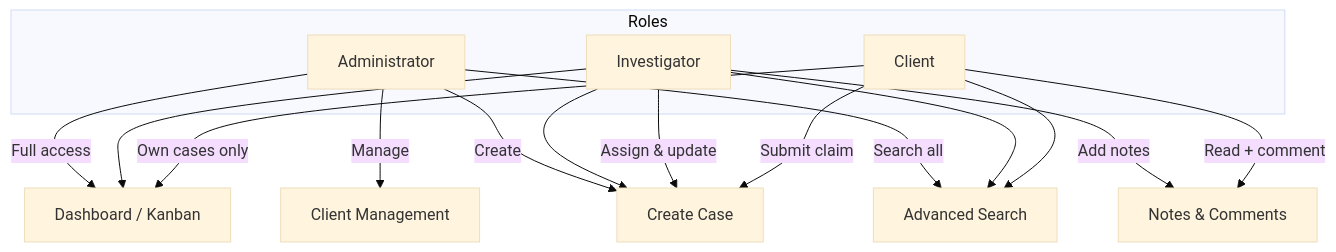
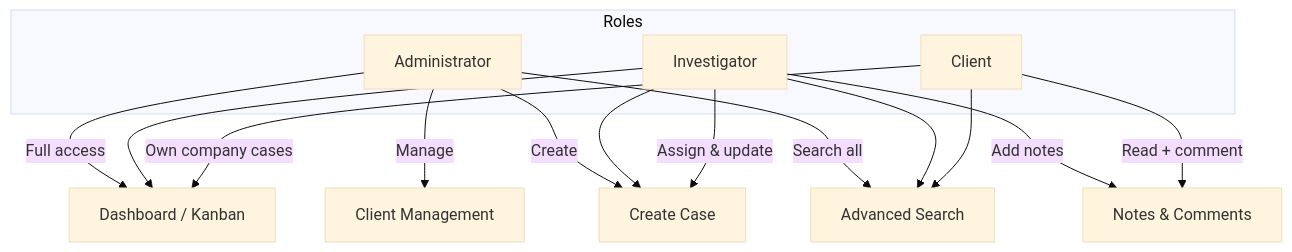
Before and after one commit to inesia/investihub: the first of 6 diagrams in DOCUMENTATION.md, drawn with Mermaid (base theme). The commit also changed other lines of this file and 34 other files, not shown here.

````diff
--- a/DOCUMENTATION.md
+++ b/DOCUMENTATION.md
@@ -44,24 +44,23 @@
 ```mermaid
 flowchart TB
     subgraph Roles
         ADMIN[Administrator]
         INV[Investigator]
         CLIENT[Client]
     end
 
     ADMIN -->|Full access| DASH[Dashboard / Kanban]
     ADMIN -->|Manage| CLIENTS[Client Management]
     ADMIN -->|Create| CASE[Create Case]
     ADMIN -->|Search all| SEARCH[Advanced Search]
 
     INV --> DASH
     INV --> CASE
     INV -->|Assign & update| CASE
     INV --> SEARCH
     INV -->|Add notes| NOTES[Notes & Comments]
 
-    CLIENT -->|Own cases only| DASH
-    CLIENT -->|Submit claim| CASE
+    CLIENT -->|Own company cases| DASH
     CLIENT -->|Read + comment| NOTES
     CLIENT --> SEARCH
 ```
````
